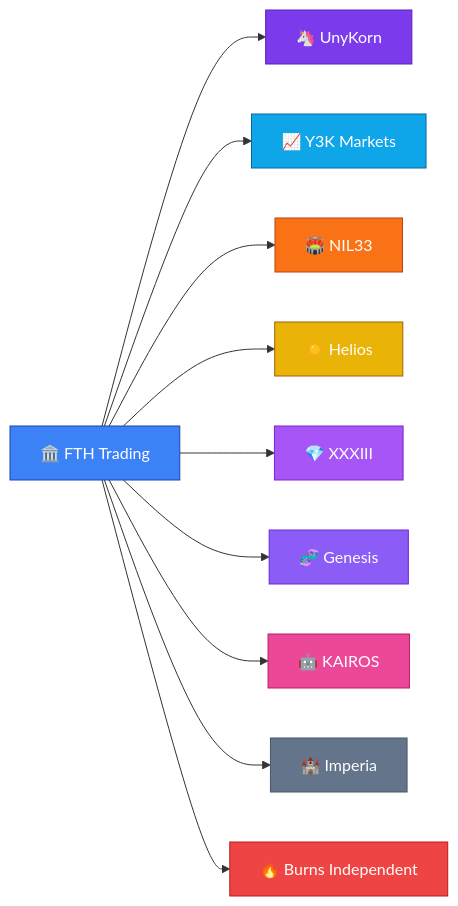
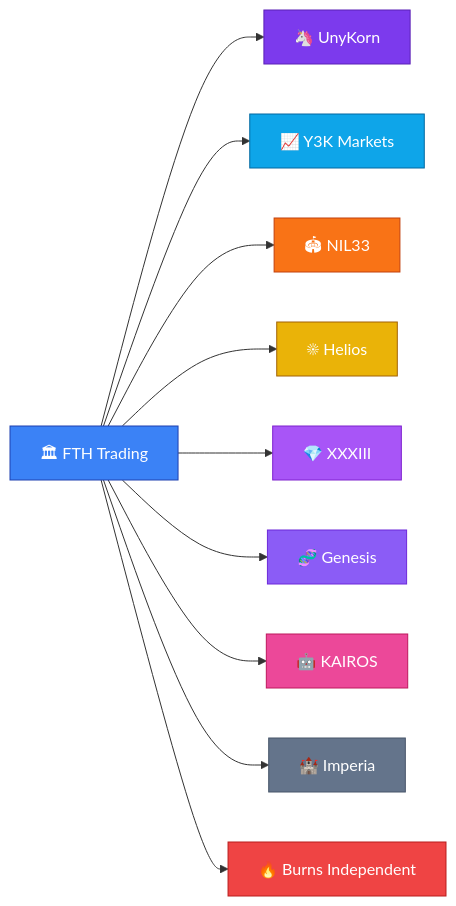
One commit to FTHTrading/kevan-burns-empire- changed the first of 7 diagrams in README.md. Above: the diagram before and after it, drawn with Mermaid. The commit also changed other lines of this file and 28 other files, not shown here.

````diff
--- a/README.md
+++ b/README.md
@@ -275,23 +274,23 @@
 ```mermaid
 graph LR
-    FTH[🏛️ FTH Trading] --> UNY[🦄 UnyKorn]
+    FTH[🏛 FTH Trading] --> UNY[🦄 UnyKorn]
     FTH --> Y3K[📈 Y3K Markets]
-    FTH --> NIL[🏟️ NIL33]
-    FTH --> HEL[☀️ Helios]
+    FTH --> NIL[🏟 NIL33]
+    FTH --> HEL[☀ Helios]
     FTH --> XXX[💎 XXXIII]
     FTH --> GEN[🧬 Genesis]
     FTH --> KAI[🤖 KAIROS]
     FTH --> IMP[🏰 Imperia]
     FTH --> BUR[🔥 Burns Independent]
     
     style FTH fill:#3b82f6,stroke:#1e40af,color:#fff
     style UNY fill:#7c3aed,stroke:#5b21b6,color:#fff
     style Y3K fill:#0ea5e9,stroke:#0369a1,color:#fff
     style NIL fill:#f97316,stroke:#c2410c,color:#fff
     style HEL fill:#eab308,stroke:#a16207,color:#fff
     style XXX fill:#a855f7,stroke:#7e22ce,color:#fff
     style GEN fill:#8b5cf6,stroke:#6d28d9,color:#fff
     style KAI fill:#ec4899,stroke:#be185d,color:#fff
     style IMP fill:#64748b,stroke:#475569,color:#fff
     style BUR fill:#ef4444,stroke:#b91c1c,color:#fff
 ```
````
